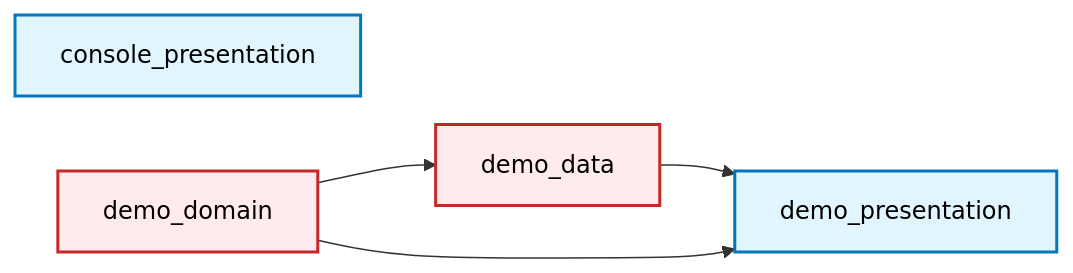
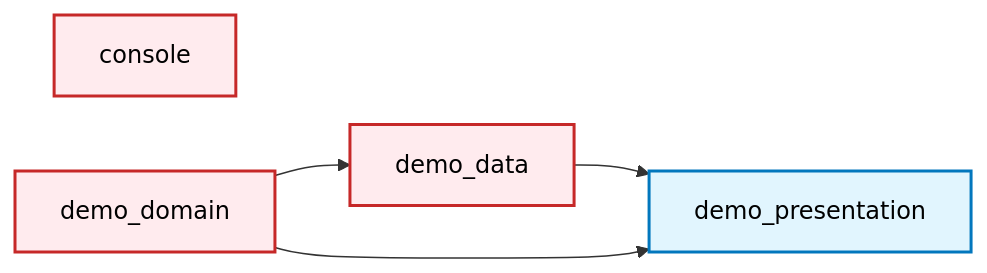
The second of 4 diagrams in flutter/module_graph.md (hhumbetovv/fullstack-template), drawn with Mermaid before and after one commit. The commit also changed other lines of this file and 118 other files, not shown here.

````diff
--- a/flutter/module_graph.md
+++ b/flutter/module_graph.md
@@ -109,21 +111,21 @@
 ```mermaid
 graph LR
-    console_presentation["console_presentation"]
-    console_presentation:::presentation
+    console["console"]
+    class console unused
     demo_data["demo_data"]
     demo_data:::data
     class demo_data unused
     demo_domain["demo_domain"]
     demo_domain:::domain
     class demo_domain unused
     demo_presentation["demo_presentation"]
     demo_presentation:::presentation
     demo_domain --> demo_data
     demo_data --> demo_presentation
     demo_domain --> demo_presentation
 
     classDef presentation fill:#e1f5fe,stroke:#0277bd,stroke-width:2px,color:#000000;
     classDef domain fill:#f3e5f5,stroke:#7b1fa2,stroke-width:2px,color:#000000;
     classDef data fill:#e8f5e8,stroke:#2e7d32,stroke-width:2px,color:#000000;
     classDef unused fill:#ffebee,stroke:#c62828,stroke-width:2px,color:#000000;
 ```
````
